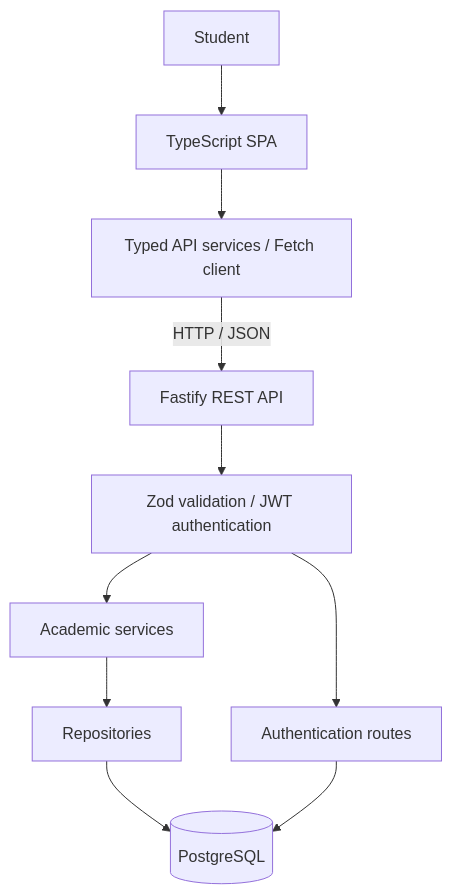
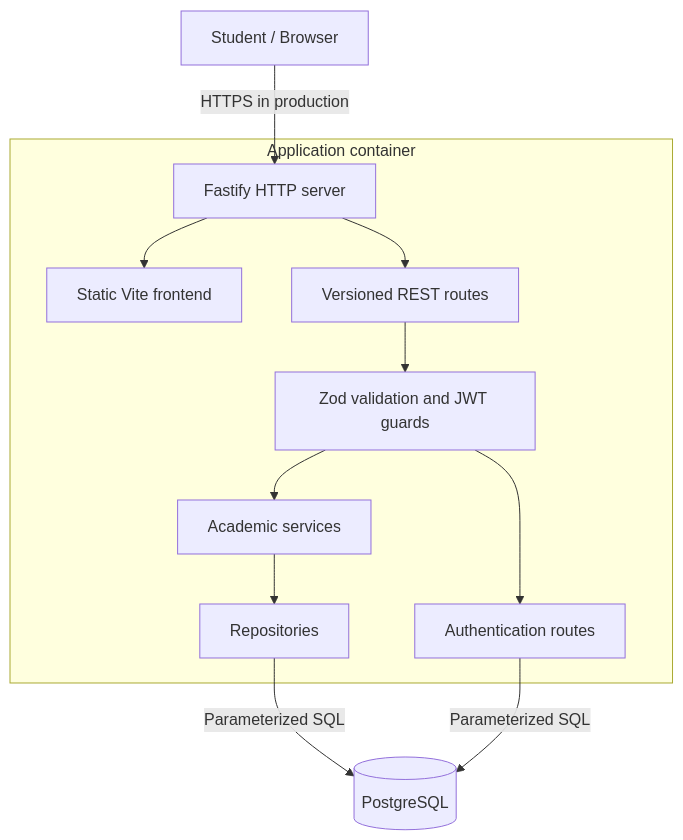
The first of 3 diagrams in README.md (programmer977/academicHub), drawn with Mermaid before and after one commit. The commit also changed other lines of this file, not shown here.

````diff
--- a/README.md
+++ b/README.md
@@ -133,12 +74,14 @@
 ```mermaid
 flowchart TD
-    U[Student] --> W[TypeScript SPA]
-    W --> C[Typed API services / Fetch client]
-    C -->|HTTP / JSON| R[Fastify REST API]
-    R --> V[Zod validation / JWT authentication]
-    V --> S[Academic services]
-    S --> P[Repositories]
-    V --> A[Authentication routes]
-    P --> D[(PostgreSQL)]
-    A --> D
+    U[Student / Browser] -->|HTTPS in production| F[Fastify HTTP server]
+    subgraph APP[Application container]
+        F --> W[Static Vite frontend]
+        F --> R[Versioned REST routes]
+        R --> V[Zod validation and JWT guards]
+        V --> S[Academic services]
+        S --> P[Repositories]
+        V --> A[Authentication routes]
+    end
+    P -->|Parameterized SQL| D[(PostgreSQL)]
+    A -->|Parameterized SQL| D
 ```
````
